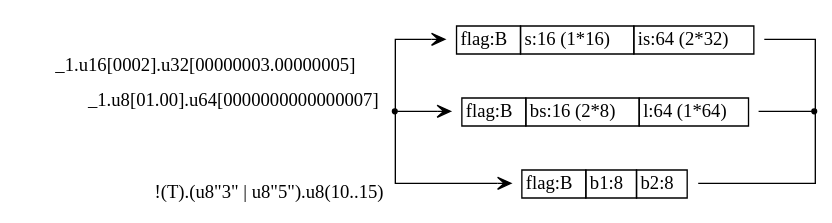
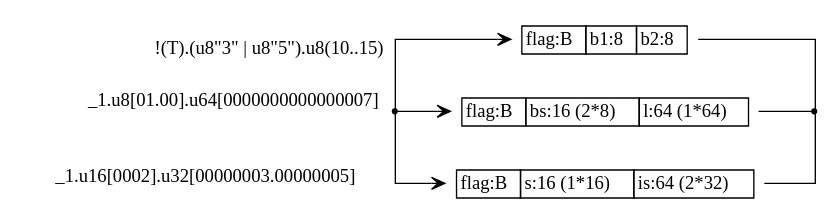
Before and after one commit to sireum/bitcodec-examples: the diagram in src/predunion/complex/predunion-complex-spec.dot, drawn with Graphviz. The commit also changed 11 other files, not shown here.

```diff
--- a/src/predunion/complex/predunion-complex-spec.dot
+++ b/src/predunion/complex/predunion-complex-spec.dot
@@ -1,31 +1,31 @@
 digraph G {
   rankdir = LR;
   graph [splines=ortho];
   node [shape=plaintext];
   edge [arrowhead=vee];
 
   n0 [shape=point];
   n1 [label=<
-    <TABLE BORDER="0" CELLBORDER="1" CELLSPACING="0" TOOLTIP="Foo.bazz" HREF="#">
-      <TR><TD>flag:B</TD><TD>s:16 (1*16)</TD><TD>is:64 (2*32)</TD></TR>
+    <TABLE BORDER="0" CELLBORDER="1" CELLSPACING="0" TOOLTIP="Foo.bazzz" HREF="#">
+      <TR><TD>flag:B</TD><TD>b1:8</TD><TD>b2:8</TD></TR>
     </TABLE>
   >];
   n2 [label=<
     <TABLE BORDER="0" CELLBORDER="1" CELLSPACING="0" TOOLTIP="Foo.baz" HREF="#">
       <TR><TD>flag:B</TD><TD>bs:16 (2*8)</TD><TD>l:64 (1*64)</TD></TR>
     </TABLE>
   >];
   n3 [label=<
-    <TABLE BORDER="0" CELLBORDER="1" CELLSPACING="0" TOOLTIP="Foo.bazzz" HREF="#">
-      <TR><TD>flag:B</TD><TD>b1:8</TD><TD>b2:8</TD></TR>
+    <TABLE BORDER="0" CELLBORDER="1" CELLSPACING="0" TOOLTIP="Foo.bazz" HREF="#">
+      <TR><TD>flag:B</TD><TD>s:16 (1*16)</TD><TD>is:64 (2*32)</TD></TR>
     </TABLE>
   >];
   n4 [shape=point];
 
-  n0 -> n1 [xlabel="_1.u16[0002].u32[00000003.00000005]"];
+  n0 -> n1 [xlabel="!(T).(u8\"3\" | u8\"5\").u8(10..15)"];
   n0 -> n2 [xlabel="_1.u8[01.00].u64[0000000000000007]"];
-  n0 -> n3 [xlabel="!(T).(u8\"3\" | u8\"5\").u8(10..15)"];
-  n2 -> n4 [arrowhead=none];
+  n0 -> n3 [xlabel="_1.u16[0002].u32[00000003.00000005]"];
   n1 -> n4 [arrowhead=none];
   n3 -> n4 [arrowhead=none];
+  n2 -> n4 [arrowhead=none];
 }
```
